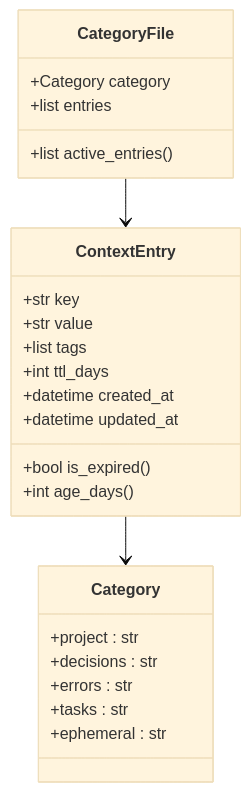
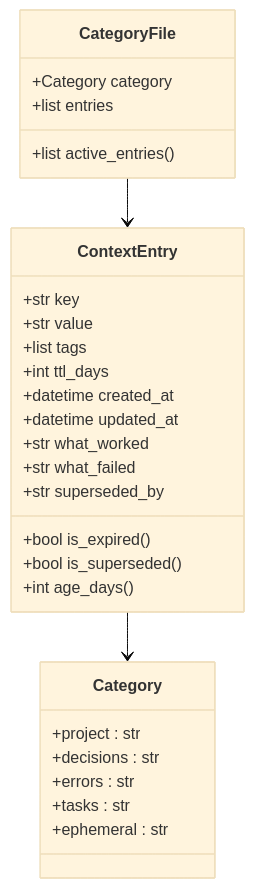
One commit to kushal1o1/devmcp-context changed the fifth of 6 diagrams in docs/architecture.md. Above: the diagram before and after it, drawn with Mermaid (base theme). The commit also changed other lines of this file and 3 other files, not shown here.

````diff
--- a/docs/architecture.md
+++ b/docs/architecture.md
@@ -111,30 +126,34 @@
 ```mermaid
 classDiagram
     class ContextEntry {
         +str key
         +str value
         +list tags
         +int ttl_days
         +datetime created_at
         +datetime updated_at
+        +str what_worked
+        +str what_failed
+        +str superseded_by
         +bool is_expired()
+        +bool is_superseded()
         +int age_days()
     }
     
     class Category {
         +project : str
         +decisions : str
         +errors : str
         +tasks : str
         +ephemeral : str
     }
     
     class CategoryFile {
         +Category category
         +list entries
         +list active_entries()
     }
     
     ContextEntry --> Category
     CategoryFile --> ContextEntry
 ```
````
